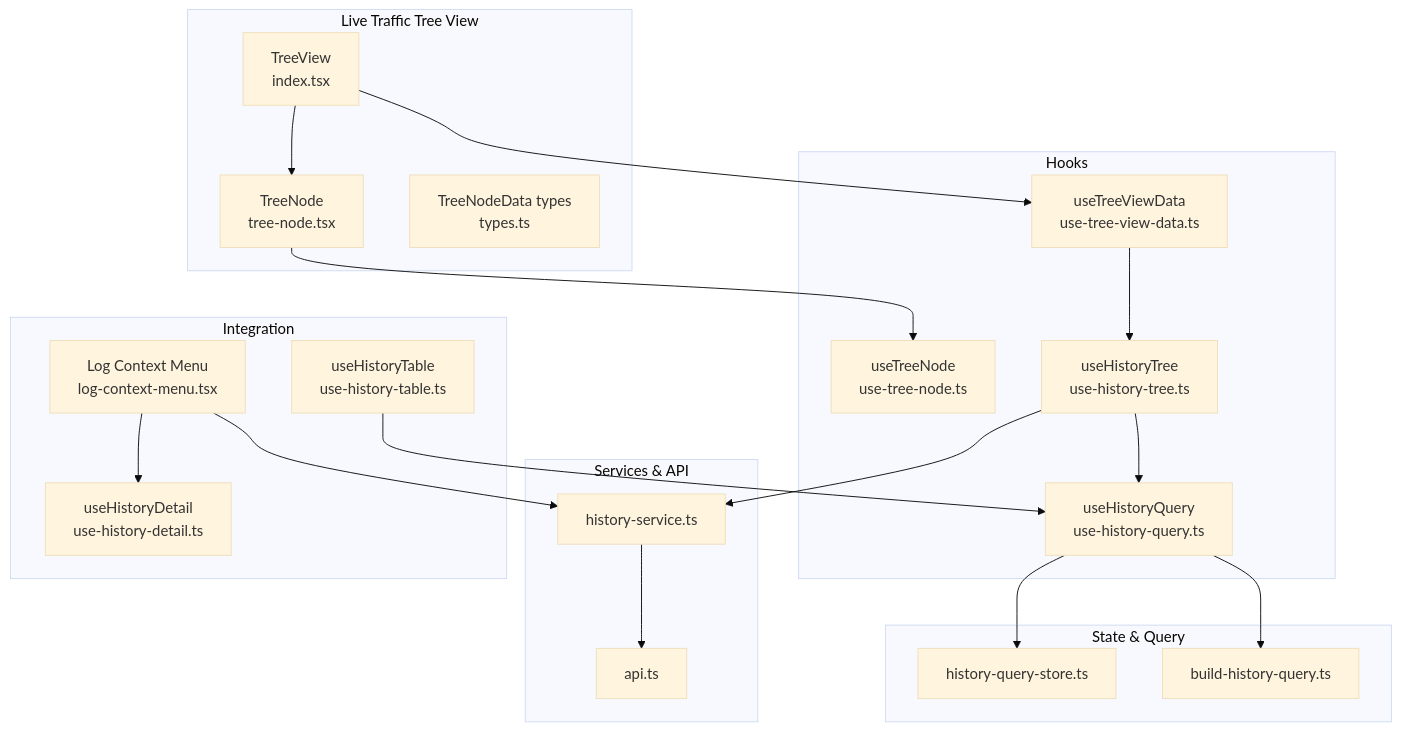
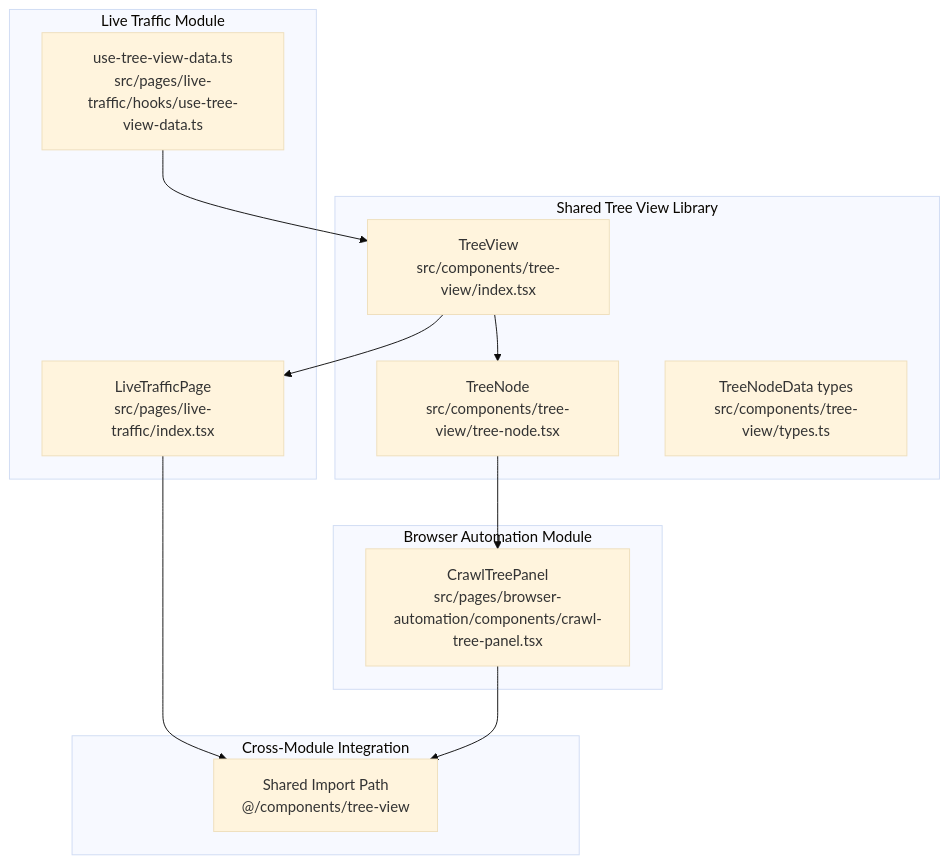
Before and after one commit to arhamymr/hexbuffer: the first of 4 diagrams in .qoder/repowiki/en/content/Live Traffic Analysis/Tree View Navigation.md, drawn with Mermaid (base theme). The commit also changed other lines of this file and 21 other files, not shown here.

````diff
--- a/.qoder/repowiki/en/content/Live Traffic Analysis/Tree View Navigation.md
+++ b/.qoder/repowiki/en/content/Live Traffic Analysis/Tree View Navigation.md
@@ -45,39 +69,24 @@
 ```mermaid
 graph TB
-subgraph "Live Traffic Tree View"
-TV["TreeView<br/>index.tsx"]
-TN["TreeNode<br/>tree-node.tsx"]
-TTypes["TreeNodeData types<br/>types.ts"]
+subgraph "Shared Tree View Library"
+TV["TreeView<br/>src/components/tree-view/index.tsx"]
+TN["TreeNode<br/>src/components/tree-view/tree-node.tsx"]
+TTypes["TreeNodeData types<br/>src/components/tree-view/types.ts"]
 end
-subgraph "Hooks"
-HTVD["useTreeViewData<br/>use-tree-view-data.ts"]
-HTN["useTreeNode<br/>use-tree-node.ts"]
-HHT["useHistoryTree<br/>use-history-tree.ts"]
-HHQ["useHistoryQuery<br/>use-history-query.ts"]
+subgraph "Live Traffic Module"
+LTI["LiveTrafficPage<br/>src/pages/live-traffic/index.tsx"]
+LTHooks["use-tree-view-data.ts<br/>src/pages/live-traffic/hooks/use-tree-view-data.ts"]
 end
-subgraph "State & Query"
-HQStore["history-query-store.ts"]
-BHQ["build-history-query.ts"]
+subgraph "Browser Automation Module"
+BATP["CrawlTreePanel<br/>src/pages/browser-automation/components/crawl-tree-panel.tsx"]
 end
-subgraph "Services & API"
-HServ["history-service.ts"]
-API["api.ts"]
-end
-subgraph "Integration"
-LCM["Log Context Menu<br/>log-context-menu.tsx"]
-HTbl["useHistoryTable<br/>use-history-table.ts"]
-HDet["useHistoryDetail<br/>use-history-detail.ts"]
+subgraph "Cross-Module Integration"
+SharedImport["Shared Import Path<br/>@/components/tree-view"]
 end
 TV --> TN
-TV --> HTVD
-TN --> HTN
-HTVD --> HHT
-HHT --> HHQ
-HHQ --> HQStore
-HHQ --> BHQ
-HHT --> HServ
-HServ --> API
-LCM --> HServ
-LCM --> HDet
-HTbl --> HHQ
+TV --> LTI
+TN --> BATP
+LTI --> SharedImport
+BATP --> SharedImport
+LTHooks --> TV
 ```
````
